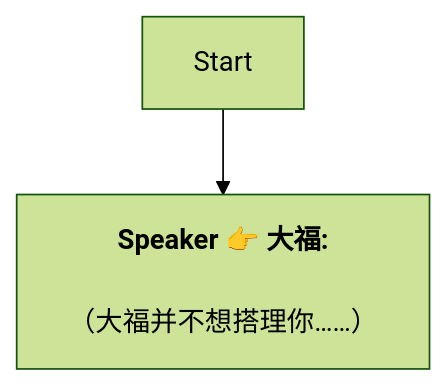
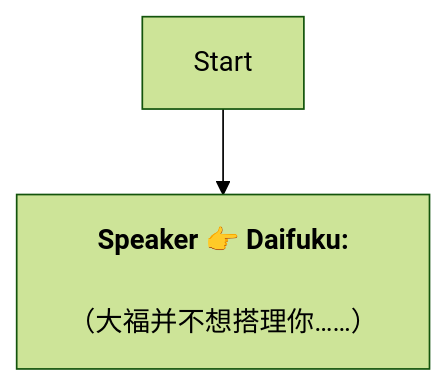
Before and after one commit to SoftHu/tos_avg: the diagram in Zh/Daifuku.md, drawn with Mermaid (forest theme). The commit also changed 737 other files, not shown here.

````diff
--- a/Zh/Daifuku.md
+++ b/Zh/Daifuku.md
@@ -1,7 +1,6 @@
 ```mermaid
 graph
-Start -->1741632248191239[<b>Speaker 👉 大福:</b>
+Start -->1741632248191239[<b>Speaker 👉 Daifuku:</b>
+\n（大福并不想搭理你……）]
 
-（大福并不想搭理你……）]
-
- ```
+```
````
